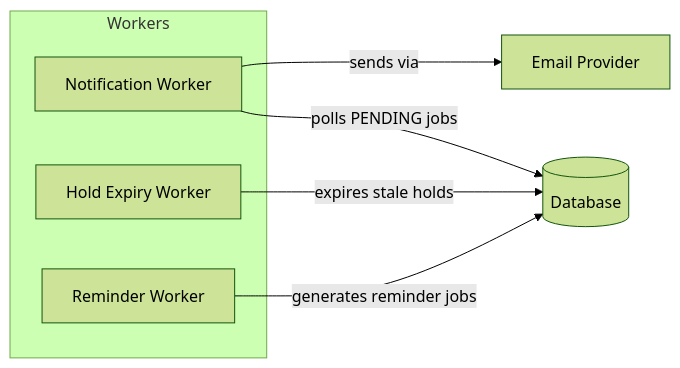
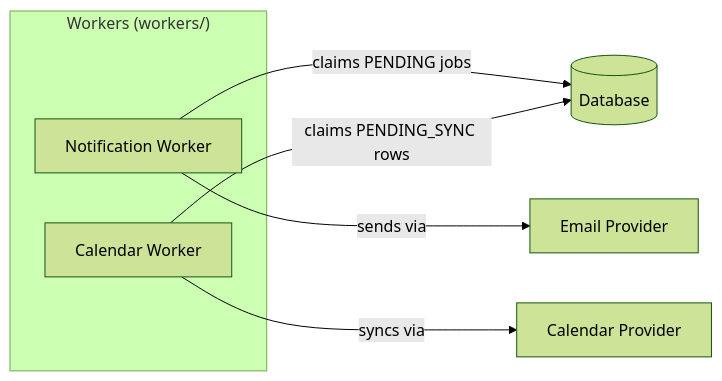
One commit to SakthiQ/Healthcare-Appointment-Follow-up-Manager changed the third of 4 diagrams in docs/architecture.md. Above: the diagram before and after it, drawn with Mermaid (forest theme). The commit also changed other lines of this file and 6 other files, not shown here.

````diff
--- a/docs/architecture.md
+++ b/docs/architecture.md
@@ -302,13 +302,12 @@
 ```mermaid
 graph LR
-    subgraph "Workers"
+    subgraph "Workers (workers/)"
         NW["Notification Worker"]
-        HW["Hold Expiry Worker"]
-        RW["Reminder Worker"]
+        CW["Calendar Worker"]
     end
 
-    NW -->|"polls PENDING jobs"| DB[("Database")]
-    HW -->|"expires stale holds"| DB
-    RW -->|"generates reminder jobs"| DB
+    NW -->|"claims PENDING jobs"| DB[("Database")]
+    CW -->|"claims PENDING_SYNC rows"| DB
     NW -->|"sends via"| EP["Email Provider"]
+    CW -->|"syncs via"| CP["Calendar Provider"]
 ```
````
